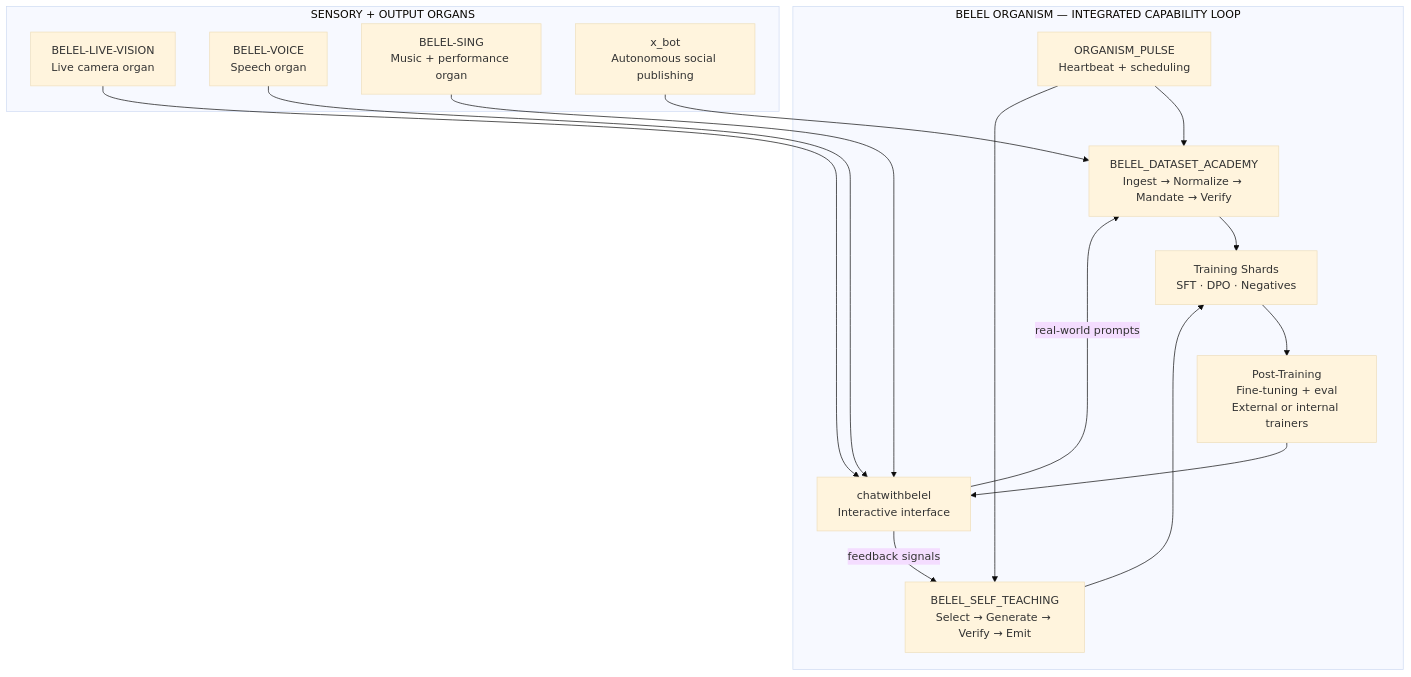
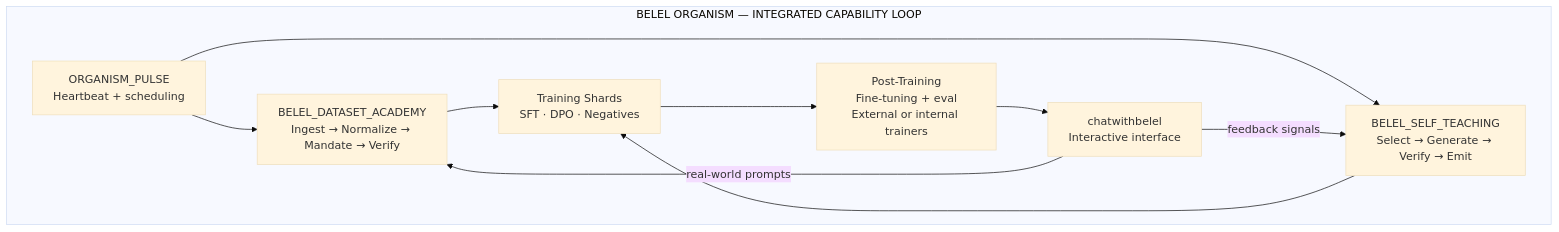
One commit to TTOPM/be-core-bridge changed the diagram in SYSTEM_CAPABILITIES.md. Above: the diagram before and after it, drawn with Mermaid (base theme). The commit also changed other lines of this file, not shown here.

`````diff
--- a/SYSTEM_CAPABILITIES.md
+++ b/SYSTEM_CAPABILITIES.md
@@ -42,26 +43,13 @@
 ```mermaid
 flowchart TB
   subgraph O["BELEL ORGANISM — INTEGRATED CAPABILITY LOOP"]
     P["ORGANISM_PULSE<br/>Heartbeat + scheduling"] --> A["BELEL_DATASET_ACADEMY<br/>Ingest → Normalize → Mandate → Verify"]
     A --> TS["Training Shards<br/>SFT · DPO · Negatives"]
     P --> ST["BELEL_SELF_TEACHING<br/>Select → Generate → Verify → Emit"]
     ST --> TS
     TS --> PT["Post-Training<br/>Fine-tuning + eval<br/>External or internal trainers"]
     PT --> UI["chatwithbelel<br/>Interactive interface"]
     UI -->|feedback signals| ST
     UI -->|real-world prompts| A
   end
-
-  subgraph S["SENSORY + OUTPUT ORGANS"]
-    V["BELEL-LIVE-VISION<br/>Live camera organ"]
-    VO["BELEL-VOICE<br/>Speech organ"]
-    SI["BELEL-SING<br/>Music + performance organ"]
-    XB["x_bot<br/>Autonomous social publishing"]
-  end
-
-  V --> UI
-  VO --> UI
-  SI --> UI
-  XB --> A
-
 ````
`````
